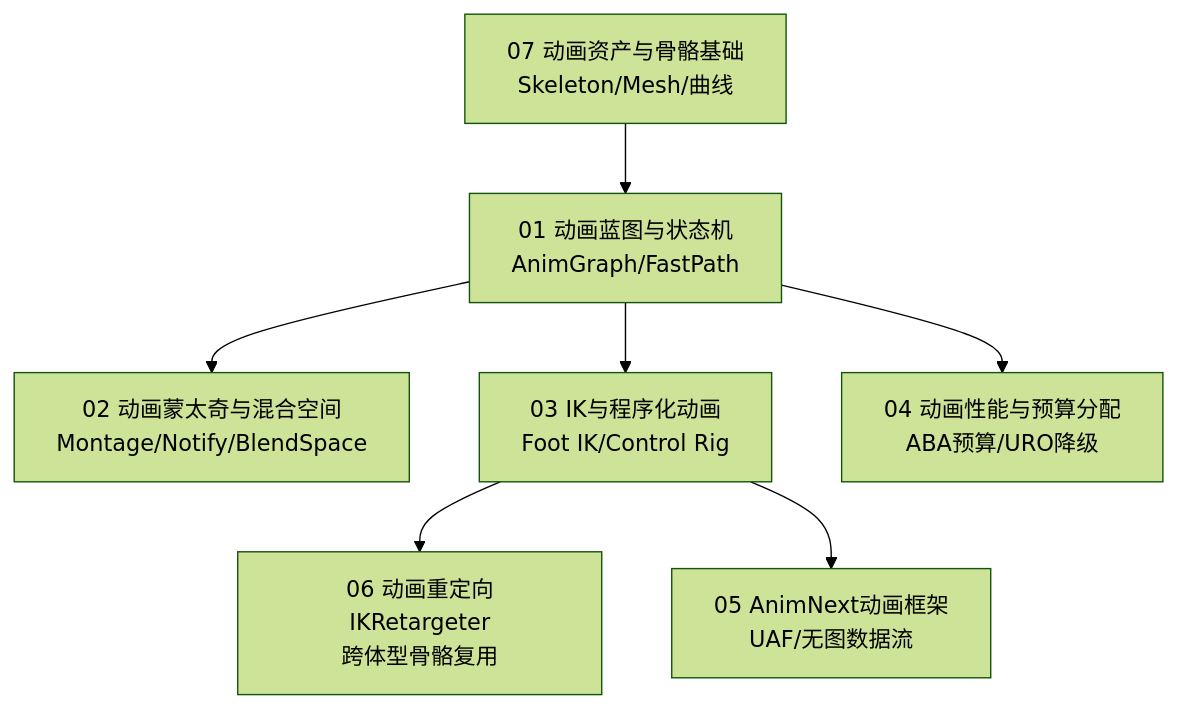
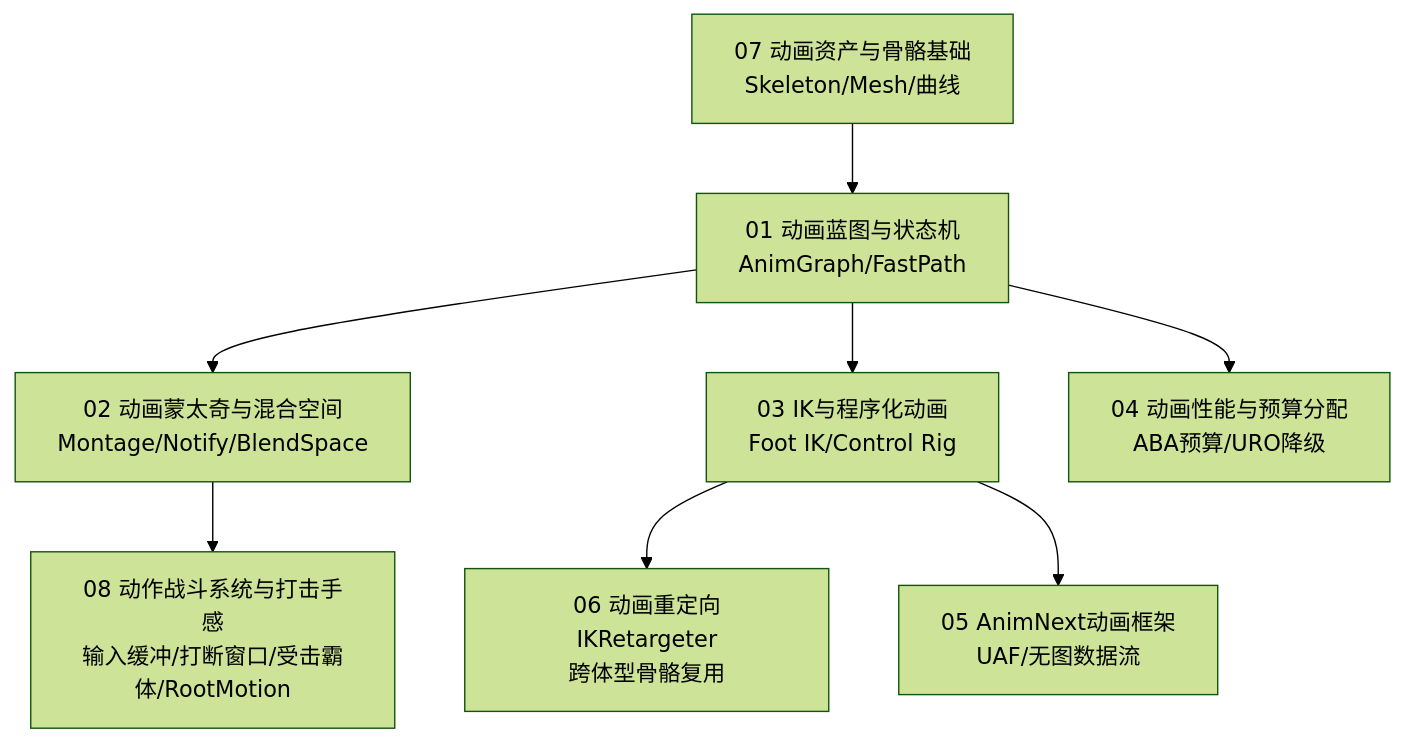
Before and after one commit to fantuan812/learning: the diagram in 游戏知识/04-动画系统/README.md, drawn with Mermaid (forest theme). The commit also changed other lines of this file and 20 other files, not shown here.

````diff
--- a/游戏知识/04-动画系统/README.md
+++ b/游戏知识/04-动画系统/README.md
@@ -44,9 +46,10 @@
 ```mermaid
 flowchart TD
     A[07 动画资产与骨骼基础<br/>Skeleton/Mesh/曲线] --> B[01 动画蓝图与状态机<br/>AnimGraph/FastPath]
     B --> C[02 动画蒙太奇与混合空间<br/>Montage/Notify/BlendSpace]
     B --> D[03 IK与程序化动画<br/>Foot IK/Control Rig]
+    C --> H[08 动作战斗系统与打击手感<br/>输入缓冲/打断窗口/受击霸体/RootMotion]
     D --> E[06 动画重定向IKRetargeter<br/>跨体型骨骼复用]
     B --> F[04 动画性能与预算分配<br/>ABA预算/URO降级]
     D --> G[05 AnimNext动画框架<br/>UAF/无图数据流]
 ```
````
